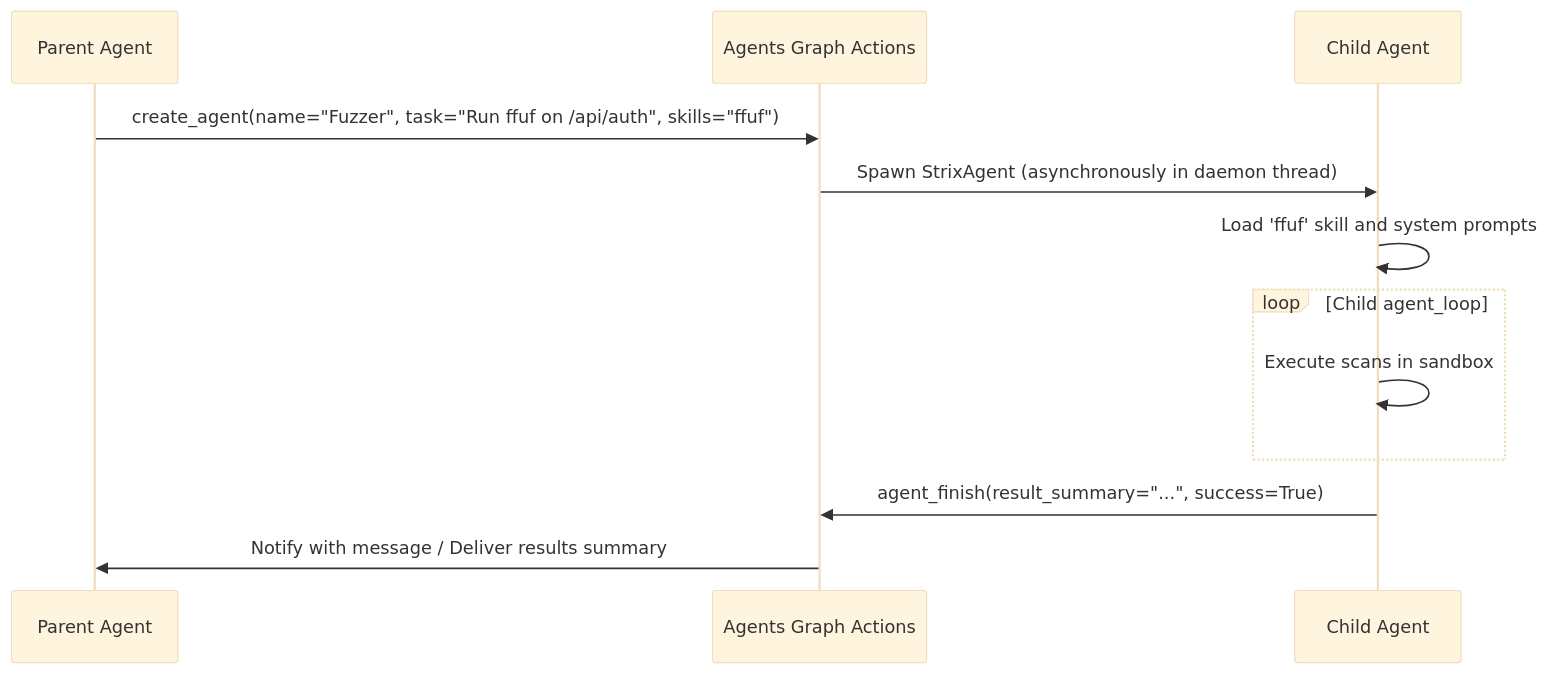
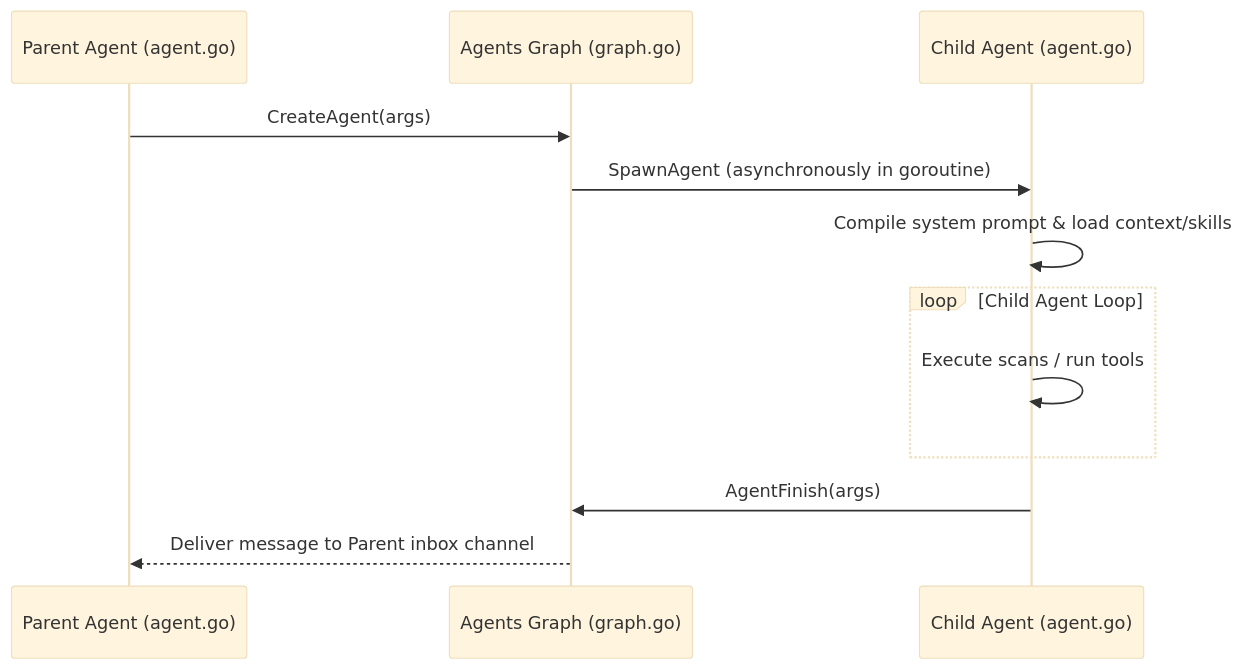
The fourth of 4 diagrams in ARCHITECTURE.md (afranz29/strix-pydantic-ai), drawn with Mermaid (base theme) before and after one commit. The commit also changed other lines of this file and 15 other files, not shown here.

````diff
--- a/ARCHITECTURE.md
+++ b/ARCHITECTURE.md
@@ -150,15 +128,15 @@
 ```mermaid
 sequenceDiagram
-    participant P as Parent Agent
-    participant Graph as Agents Graph Actions
-    participant C as Child Agent
+    participant P as Parent Agent (agent.go)
+    participant Graph as Agents Graph (graph.go)
+    participant C as Child Agent (agent.go)
     
-    P->>Graph: create_agent(name="Fuzzer", task="Run ffuf on /api/auth", skills="ffuf")
-    Graph->>C: Spawn StrixAgent (asynchronously in daemon thread)
-    C->>C: Load 'ffuf' skill and system prompts
-    loop Child agent_loop
-        C->>C: Execute scans in sandbox
+    P->>Graph: CreateAgent(args)
+    Graph->>C: SpawnAgent (asynchronously in goroutine)
+    C->>C: Compile system prompt & load context/skills
+    loop Child Agent Loop
+        C->>C: Execute scans / run tools
     end
-    C->>Graph: agent_finish(result_summary="...", success=True)
-    Graph->>P: Notify with message / Deliver results summary
+    C->>Graph: AgentFinish(args)
+    Graph-->>P: Deliver message to Parent inbox channel
 ```
````
